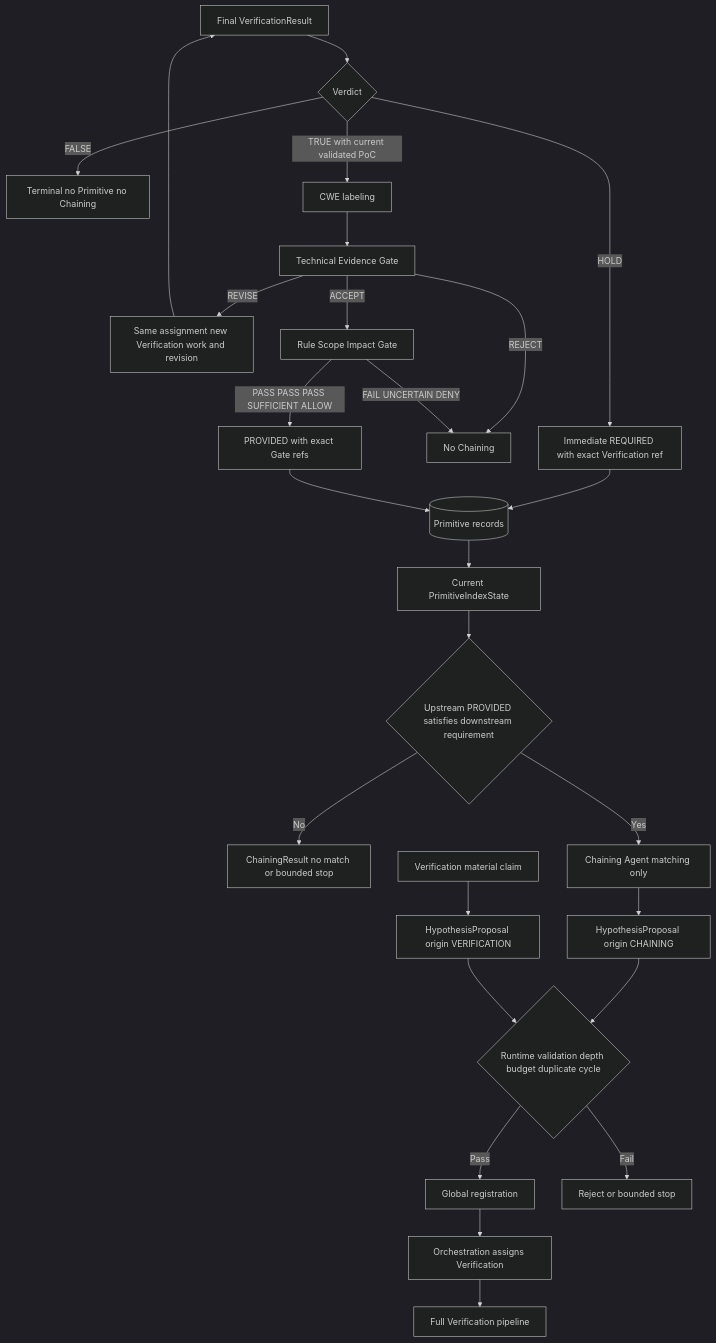
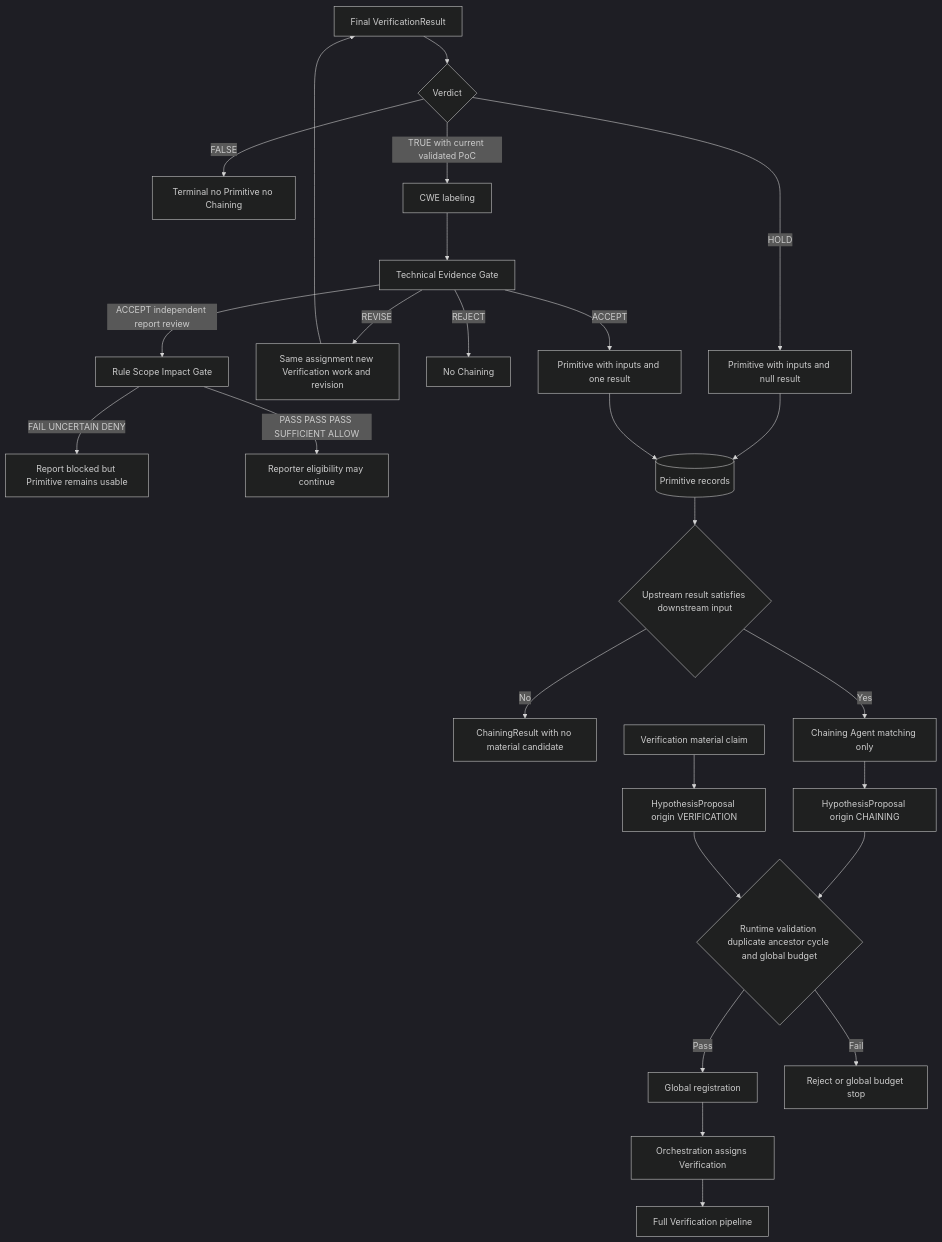
One commit to SASTsimi/sastsimi changed the fifth of 13 diagrams in docs/architecture-v5/13-architecture-diagrams.md. Above: the diagram before and after it, drawn with Mermaid (dark theme). The commit also changed other lines of this file and 34 other files, not shown here.

Commit message:
docs: unify Primitive chaining contracts

````diff
--- a/docs/architecture-v5/13-architecture-diagrams.md
+++ b/docs/architecture-v5/13-architecture-diagrams.md
@@ -198,28 +199,28 @@
 ```mermaid
 flowchart TB
     VR[Final VerificationResult] --> KIND{Verdict}
     KIND -->|FALSE| CLOSED[Terminal no Primitive no Chaining]
-    KIND -->|HOLD| REQUIRED[Immediate REQUIRED with exact Verification ref]
+    KIND -->|HOLD| REQUIRED[Primitive with inputs and null result]
     KIND -->|TRUE with current validated PoC| CWE[CWE labeling]
     CWE --> TECH[Technical Evidence Gate]
     TECH -->|REVISE| SAME[Same assignment new Verification work and revision]
     SAME --> VR
     TECH -->|REJECT| NOCHAIN[No Chaining]
-    TECH -->|ACCEPT| RULE[Rule Scope Impact Gate]
-    RULE -->|FAIL UNCERTAIN DENY| NOCHAIN
-    RULE -->|PASS PASS PASS SUFFICIENT ALLOW| PROVIDED[PROVIDED with exact Gate refs]
+    TECH -->|ACCEPT| PROVIDED[Primitive with inputs and one result]
+    TECH -->|ACCEPT independent report review| RULE[Rule Scope Impact Gate]
+    RULE -->|FAIL UNCERTAIN DENY| REPORTBLOCK[Report blocked but Primitive remains usable]
+    RULE -->|PASS PASS PASS SUFFICIENT ALLOW| REPORTOK[Reporter eligibility may continue]
     REQUIRED --> PDB[(Primitive records)]
     PROVIDED --> PDB
-    PDB --> INDEX[Current PrimitiveIndexState]
-    INDEX --> MATCH{Upstream PROVIDED satisfies downstream requirement}
-    MATCH -->|No| RECORD[ChainingResult no match or bounded stop]
+    PDB --> MATCH{Upstream result satisfies downstream input}
+    MATCH -->|No| RECORD[ChainingResult with no material candidate]
     MATCH -->|Yes| CHAIN[Chaining Agent matching only]
     CHAIN --> NEW[HypothesisProposal origin CHAINING]
-    NEW --> LIMIT{Runtime validation depth budget duplicate cycle}
+    NEW --> LIMIT{Runtime validation duplicate ancestor cycle and global budget}
     LIMIT -->|Pass| REGISTER[Global registration]
-    LIMIT -->|Fail| STOP[Reject or bounded stop]
+    LIMIT -->|Fail| STOP[Reject or global budget stop]
     REGISTER --> ORCH[Orchestration assigns Verification]
     ORCH --> VERIFY[Full Verification pipeline]
     VMAT[Verification material claim] --> VNEW[HypothesisProposal origin VERIFICATION]
     VNEW --> LIMIT
 ```
````
